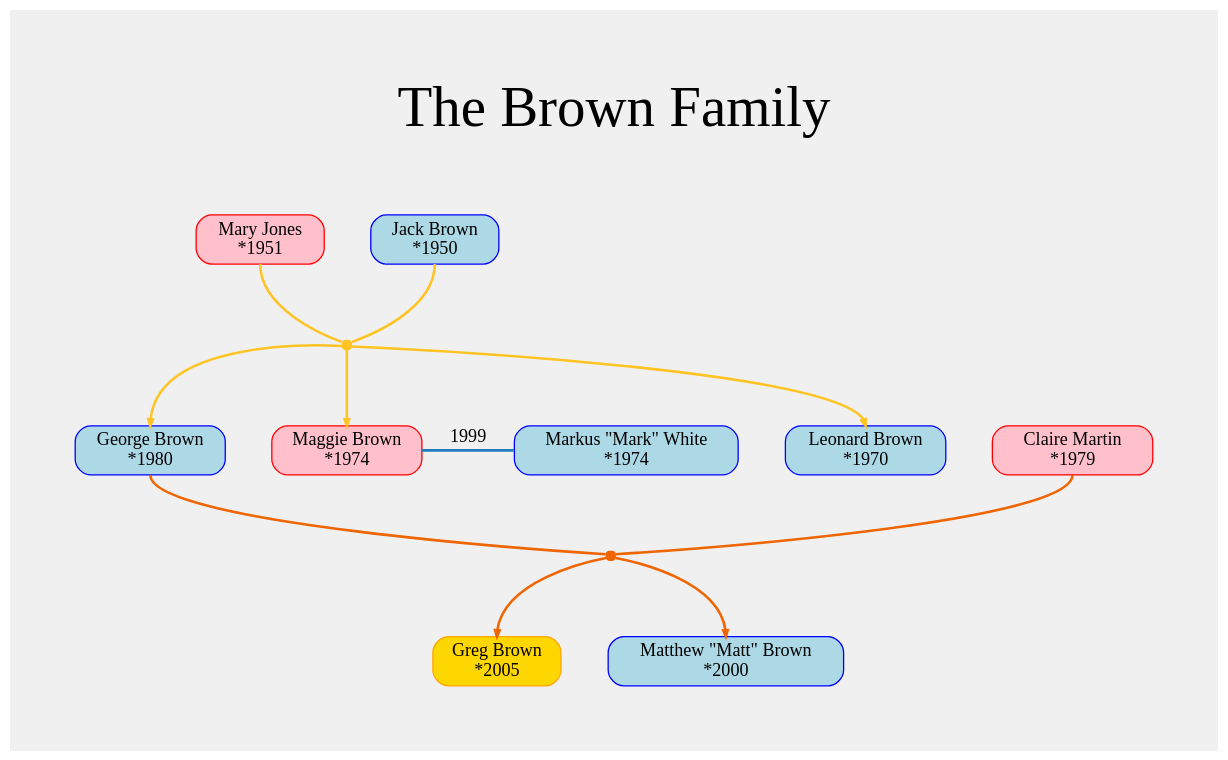
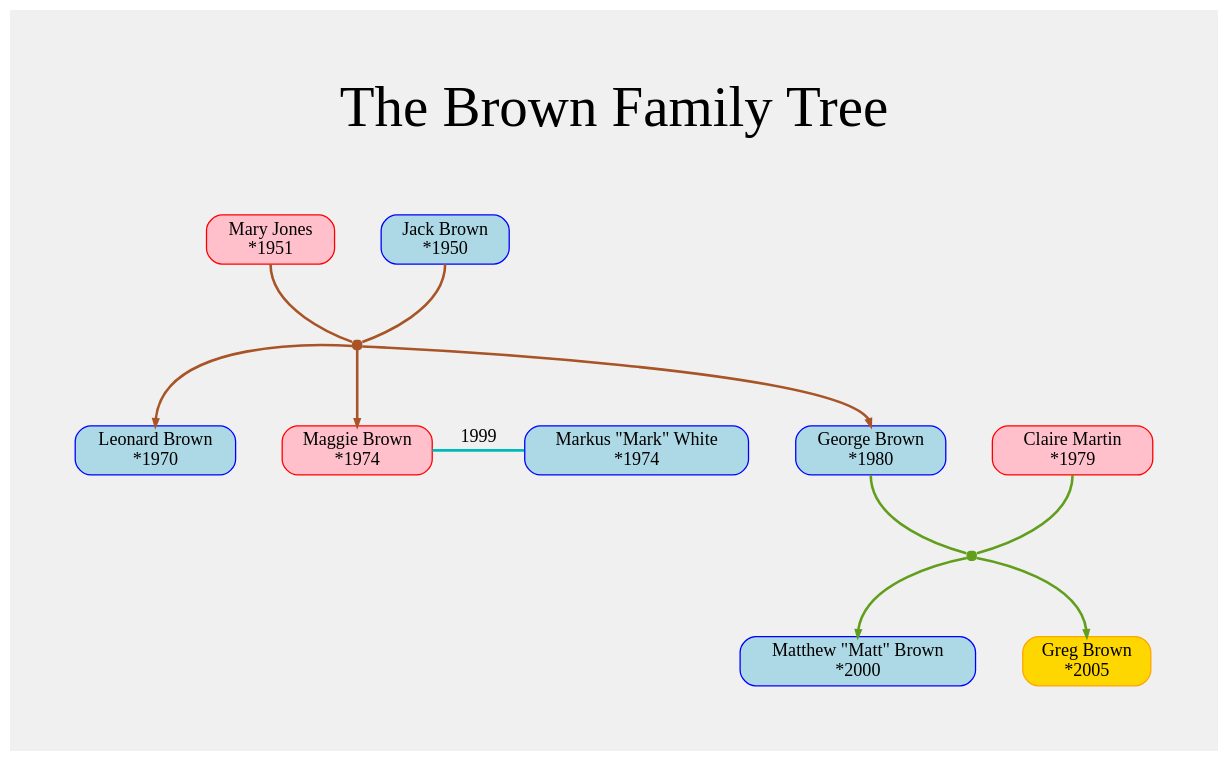
The diagram in example/example.dot (G3Dev-0/Sprout), drawn with Graphviz before and after one commit. The commit also changed 2 other files, not shown here.

```diff
--- a/example/example.dot
+++ b/example/example.dot
@@ -1,107 +1,129 @@
 digraph {
-	label="The Brown Family
+	label="The Brown Family Tree
 
 " labelloc="t" fontsize="44" fontname="Consolas"
 	graph [
 		bgcolor="grey94"
 		splines="true"
 		pad="0.7"
 		nodesep="0.5"
 		ranksep="0.8"
 		rankdir="tb"
 	]
 	node [
 		shape="rect"
 		style="filled, rounded"
 		fontname="Consolas"
 	]
 	edge [
 		penwidth=2
 		fontname="Consolas"
 	]
-	"6d8bae8f_572d_4377_a720_270573a9f0bc":s -> "connector_f276c9e6_ca75_4202_835d_62c08b78a52b" [arrowsize=0 color="#FFC423"]
-	"a5f1fdea_4d83_4a2f_b046_5179f6acfb16":s -> "connector_f276c9e6_ca75_4202_835d_62c08b78a52b" [arrowsize=0 color="#FFC423"]
-	"connector_f276c9e6_ca75_4202_835d_62c08b78a52b" -> "8c465f1a_3cbb_4c7c_ba41_78458bc64a0c":n [arrowsize=0.5 color="#FFC423"]
-	"connector_f276c9e6_ca75_4202_835d_62c08b78a52b" -> "103c134f_40c0_40e3_afad_9280f29a73c3":n [arrowsize=0.5 color="#FFC423"]
-	"connector_f276c9e6_ca75_4202_835d_62c08b78a52b" -> "797452c3_1812_4b1b_9bbd_1a4693e35963":n [arrowsize=0.5 color="#FFC423"]
-	"6d8bae8f_572d_4377_a720_270573a9f0bc" [
+	"193a544b_7373_4e21_ba10_1695a397e9de"
+	"193a544b_7373_4e21_ba10_1695a397e9de" [
 		label="Mary Jones
 *1951"
 		color="red"
 		fillcolor="pink"
 	]
-	"a5f1fdea_4d83_4a2f_b046_5179f6acfb16" [
+	"46789ddd_d1cd_485d_80f6_dfd496dba986"
+	"46789ddd_d1cd_485d_80f6_dfd496dba986" [
 		label="Jack Brown
 *1950"
 		color="blue"
 		fillcolor="lightblue"
 	]
-	"8c465f1a_3cbb_4c7c_ba41_78458bc64a0c" [
+	"193a544b_7373_4e21_ba10_1695a397e9de":s -> "connector_1c527b73_63fd_4696_aa46_5a769118ef71" [arrowsize=0 color="#A85426"]
+	"46789ddd_d1cd_485d_80f6_dfd496dba986":s -> "connector_1c527b73_63fd_4696_aa46_5a769118ef71" [arrowsize=0 color="#A85426"]
+	"connector_1c527b73_63fd_4696_aa46_5a769118ef71" -> "4b8e732f_777f_45b0_b500_f4afc5129ca3":n [arrowsize=0.5 color="#A85426"]
+	"connector_1c527b73_63fd_4696_aa46_5a769118ef71" -> "ad4bb940_2ec1_4853_976c_e024bf177552":n [arrowsize=0.5 color="#A85426"]
+	"connector_1c527b73_63fd_4696_aa46_5a769118ef71" -> "ed35ee68_7eb6_45de_95de_a59ac310726d":n [arrowsize=0.5 color="#A85426"]
+	"193a544b_7373_4e21_ba10_1695a397e9de" [
+		label="Mary Jones
+*1951"
+		color="red"
+		fillcolor="pink"
+	]
+	"46789ddd_d1cd_485d_80f6_dfd496dba986" [
+		label="Jack Brown
+*1950"
+		color="blue"
+		fillcolor="lightblue"
+	]
+	"4b8e732f_777f_45b0_b500_f4afc5129ca3" [
+		label="Leonard Brown
+*1970"
+		color="blue"
+		fillcolor="lightblue"
+	]
+	"ad4bb940_2ec1_4853_976c_e024bf177552" [
+		label="Maggie Brown
+*1974"
+		color="red"
+		fillcolor="pink"
+	]
+	"ed35ee68_7eb6_45de_95de_a59ac310726d" [
 		label="George Brown
 *1980"
 		color="blue"
 		fillcolor="lightblue"
 	]
-	"103c134f_40c0_40e3_afad_9280f29a73c3" [
-		label="Maggie Brown
+	"connector_1c527b73_63fd_4696_aa46_5a769118ef71" [
+		label=""
+		color="#A85426"
+		fillcolor="#A85426"
+		width=0.1
+		height=0.1
+	]
+	"56fbea05_6ded_4eb4_93ad_94f744bd9edb"
+	"56fbea05_6ded_4eb4_93ad_94f744bd9edb" [
+		label="Markus \"Mark\" White
 *1974"
-		color="red"
-		fillcolor="pink"
-	]
-	"797452c3_1812_4b1b_9bbd_1a4693e35963" [
-		label="Leonard Brown
-*1970"
 		color="blue"
 		fillcolor="lightblue"
 	]
-	"connector_f276c9e6_ca75_4202_835d_62c08b78a52b" [
-		label=""
-		color="#FFC423"
-		fillcolor="#FFC423"
-		width=0.1
-		height=0.1
-	]
-	"37ccc8b0_85c6_4331_892e_8cae635290c7":s -> "connector_96652692_5a25_4c93_97cf_a2def02a7ec8" [arrowsize=0 color="#EF6502"]
-	"8c465f1a_3cbb_4c7c_ba41_78458bc64a0c":s -> "connector_96652692_5a25_4c93_97cf_a2def02a7ec8" [arrowsize=0 color="#EF6502"]
-	"connector_96652692_5a25_4c93_97cf_a2def02a7ec8" -> "a1dd8d9e_3533_437a_8362_5e5c9239ec6e":n [arrowsize=0.5 color="#EF6502"]
-	"connector_96652692_5a25_4c93_97cf_a2def02a7ec8" -> "3af1d75a_d42a_42c5_b657_0ec7a3a0a658":n [arrowsize=0.5 color="#EF6502"]
-	"37ccc8b0_85c6_4331_892e_8cae635290c7" [
+	"a5b3e780_6978_4106_97a5_f3bfe569824e"
+	"a5b3e780_6978_4106_97a5_f3bfe569824e" [
 		label="Claire Martin
 *1979"
 		color="red"
 		fillcolor="pink"
 	]
-	"8c465f1a_3cbb_4c7c_ba41_78458bc64a0c" [
+	"a5b3e780_6978_4106_97a5_f3bfe569824e":s -> "connector_8cd34b39_8288_47d9_b90c_6c4935b30b17" [arrowsize=0 color="#619E1C"]
+	"ed35ee68_7eb6_45de_95de_a59ac310726d":s -> "connector_8cd34b39_8288_47d9_b90c_6c4935b30b17" [arrowsize=0 color="#619E1C"]
+	"connector_8cd34b39_8288_47d9_b90c_6c4935b30b17" -> "5f928117_6605_4fc8_bdaa_142bb6c64fdf":n [arrowsize=0.5 color="#619E1C"]
+	"connector_8cd34b39_8288_47d9_b90c_6c4935b30b17" -> "ff0ea163_6c2f_421e_a75e_9316023eb06a":n [arrowsize=0.5 color="#619E1C"]
+	"a5b3e780_6978_4106_97a5_f3bfe569824e" [
+		label="Claire Martin
+*1979"
+		color="red"
+		fillcolor="pink"
+	]
+	"ed35ee68_7eb6_45de_95de_a59ac310726d" [
 		label="George Brown
 *1980"
 		color="blue"
 		fillcolor="lightblue"
 	]
-	"a1dd8d9e_3533_437a_8362_5e5c9239ec6e" [
+	"5f928117_6605_4fc8_bdaa_142bb6c64fdf" [
+		label="Matthew \"Matt\" Brown
+*2000"
+		color="blue"
+		fillcolor="lightblue"
+	]
+	"ff0ea163_6c2f_421e_a75e_9316023eb06a" [
 		label="Greg Brown
 *2005"
 		color="orange"
 		fillcolor="gold"
 	]
-	"3af1d75a_d42a_42c5_b657_0ec7a3a0a658" [
-		label="Matthew \"Matt\" Brown
-*2000"
-		color="blue"
-		fillcolor="lightblue"
-	]
-	"connector_96652692_5a25_4c93_97cf_a2def02a7ec8" [
+	"connector_8cd34b39_8288_47d9_b90c_6c4935b30b17" [
 		label=""
-		color="#EF6502"
-		fillcolor="#EF6502"
+		color="#619E1C"
+		fillcolor="#619E1C"
 		width=0.1
 		height=0.1
 	]
-	{rank="same"; "103c134f_40c0_40e3_afad_9280f29a73c3"; "fdf086bb_a68b_478c_b9f1_2d3890e29c47"}
-	"103c134f_40c0_40e3_afad_9280f29a73c3" -> "fdf086bb_a68b_478c_b9f1_2d3890e29c47" [label="1999" arrowsize=0 color="#207EBC"]
-	"fdf086bb_a68b_478c_b9f1_2d3890e29c47" [
-		label="Markus \"Mark\" White
-*1974"
-		color="blue"
-		fillcolor="lightblue"
-	]
+	{rank="same"; "ad4bb940_2ec1_4853_976c_e024bf177552"; "56fbea05_6ded_4eb4_93ad_94f744bd9edb"}
+	"ad4bb940_2ec1_4853_976c_e024bf177552" -> "56fbea05_6ded_4eb4_93ad_94f744bd9edb" [label="1999" arrowsize=0 color="#00BABA"]
 }
```
